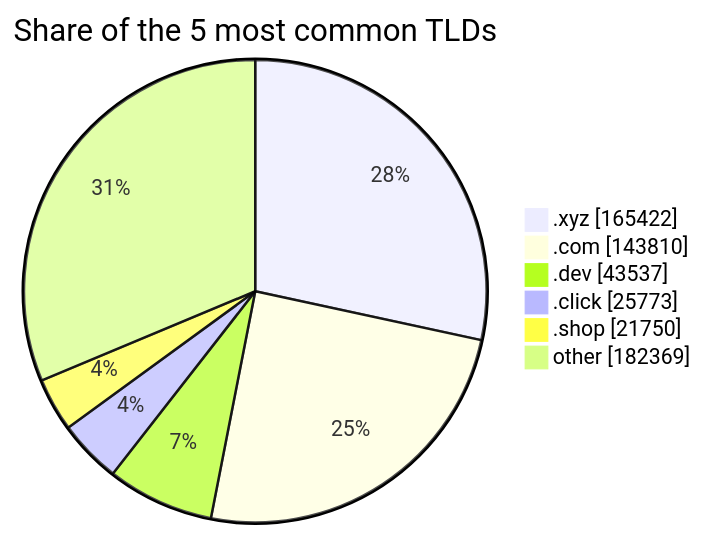
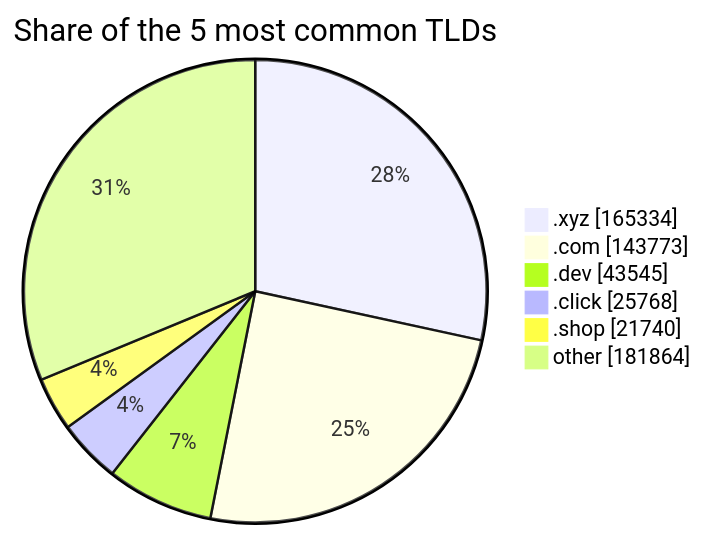
One commit to DNSBunker/CTI changed the third of 3 diagrams in README.md. Above: the diagram before and after it, drawn with Mermaid. The commit also changed other lines of this file and 3 other files, not shown here.

````diff
--- a/README.md
+++ b/README.md
@@ -81,9 +81,9 @@
 ```mermaid
 pie showData title Share of the 5 most common TLDs
-    ".xyz" : 165422
-    ".com" : 143810
-    ".dev" : 43537
-    ".click" : 25773
-    ".shop" : 21750
-    "other" : 182369
+    ".xyz" : 165334
+    ".com" : 143773
+    ".dev" : 43545
+    ".click" : 25768
+    ".shop" : 21740
+    "other" : 181864
 ```
````
